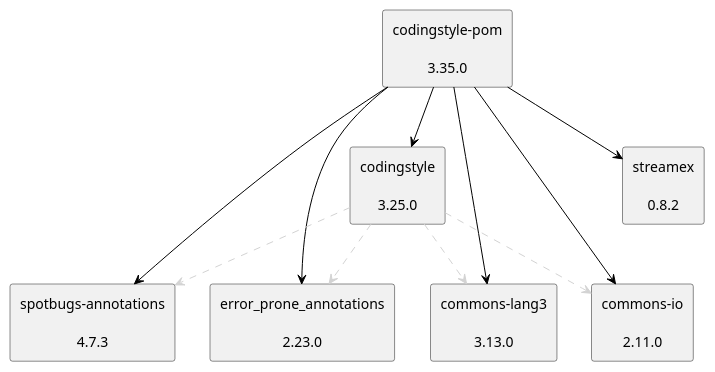
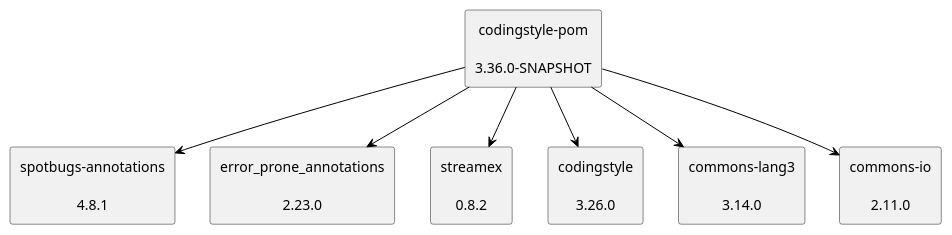
One commit to uhafner/codingstyle-pom changed the diagram in doc/dependency-graph.puml. Above: the diagram before and after it, drawn with PlantUML. The commit also changed 1 other file, not shown here.

Commit message:
Exclude dependencies that are already part of pom.

```diff
--- a/doc/dependency-graph.puml
+++ b/doc/dependency-graph.puml
@@ -1,26 +1,22 @@
 @startuml
 skinparam defaultTextAlignment center
 skinparam rectangle {
   BackgroundColor<<optional>> beige
   BackgroundColor<<test>> lightGreen
   BackgroundColor<<runtime>> lightBlue
   BackgroundColor<<provided>> lightGray
 }
-rectangle "codingstyle-pom\n\n3.35.0" as edu_hm_hafner_codingstyle_pom_pom
-rectangle "spotbugs-annotations\n\n4.7.3" as com_github_spotbugs_spotbugs_annotations_jar
+rectangle "codingstyle-pom\n\n3.36.0-SNAPSHOT" as edu_hm_hafner_codingstyle_pom_pom
+rectangle "spotbugs-annotations\n\n4.8.1" as com_github_spotbugs_spotbugs_annotations_jar
 rectangle "error_prone_annotations\n\n2.23.0" as com_google_errorprone_error_prone_annotations_jar
 rectangle "streamex\n\n0.8.2" as one_util_streamex_jar
-rectangle "codingstyle\n\n3.25.0" as edu_hm_hafner_codingstyle_jar
-rectangle "commons-lang3\n\n3.13.0" as org_apache_commons_commons_lang3_jar
+rectangle "codingstyle\n\n3.26.0" as edu_hm_hafner_codingstyle_jar
+rectangle "commons-lang3\n\n3.14.0" as org_apache_commons_commons_lang3_jar
 rectangle "commons-io\n\n2.11.0" as commons_io_commons_io_jar
 edu_hm_hafner_codingstyle_pom_pom -[#000000]-> com_github_spotbugs_spotbugs_annotations_jar
 edu_hm_hafner_codingstyle_pom_pom -[#000000]-> com_google_errorprone_error_prone_annotations_jar
 edu_hm_hafner_codingstyle_pom_pom -[#000000]-> one_util_streamex_jar
-edu_hm_hafner_codingstyle_jar .[#D3D3D3].> com_github_spotbugs_spotbugs_annotations_jar
-edu_hm_hafner_codingstyle_jar .[#D3D3D3].> com_google_errorprone_error_prone_annotations_jar
-edu_hm_hafner_codingstyle_jar .[#D3D3D3].> org_apache_commons_commons_lang3_jar
-edu_hm_hafner_codingstyle_jar .[#D3D3D3].> commons_io_commons_io_jar
 edu_hm_hafner_codingstyle_pom_pom -[#000000]-> edu_hm_hafner_codingstyle_jar
 edu_hm_hafner_codingstyle_pom_pom -[#000000]-> org_apache_commons_commons_lang3_jar
 edu_hm_hafner_codingstyle_pom_pom -[#000000]-> commons_io_commons_io_jar
 @enduml
```
